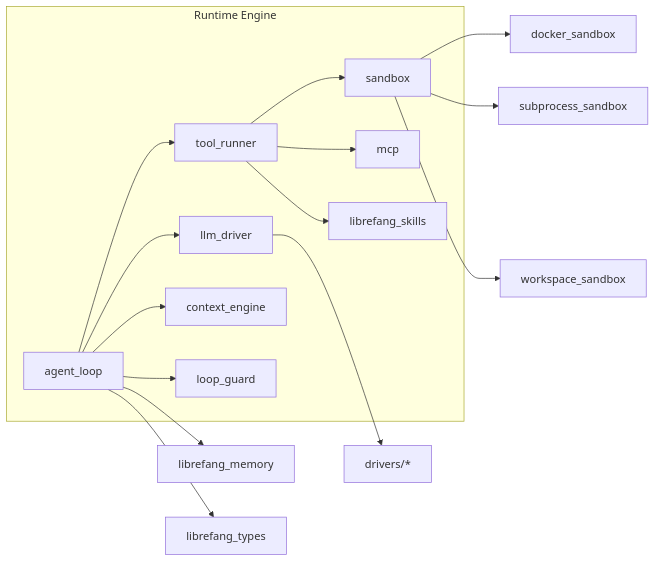
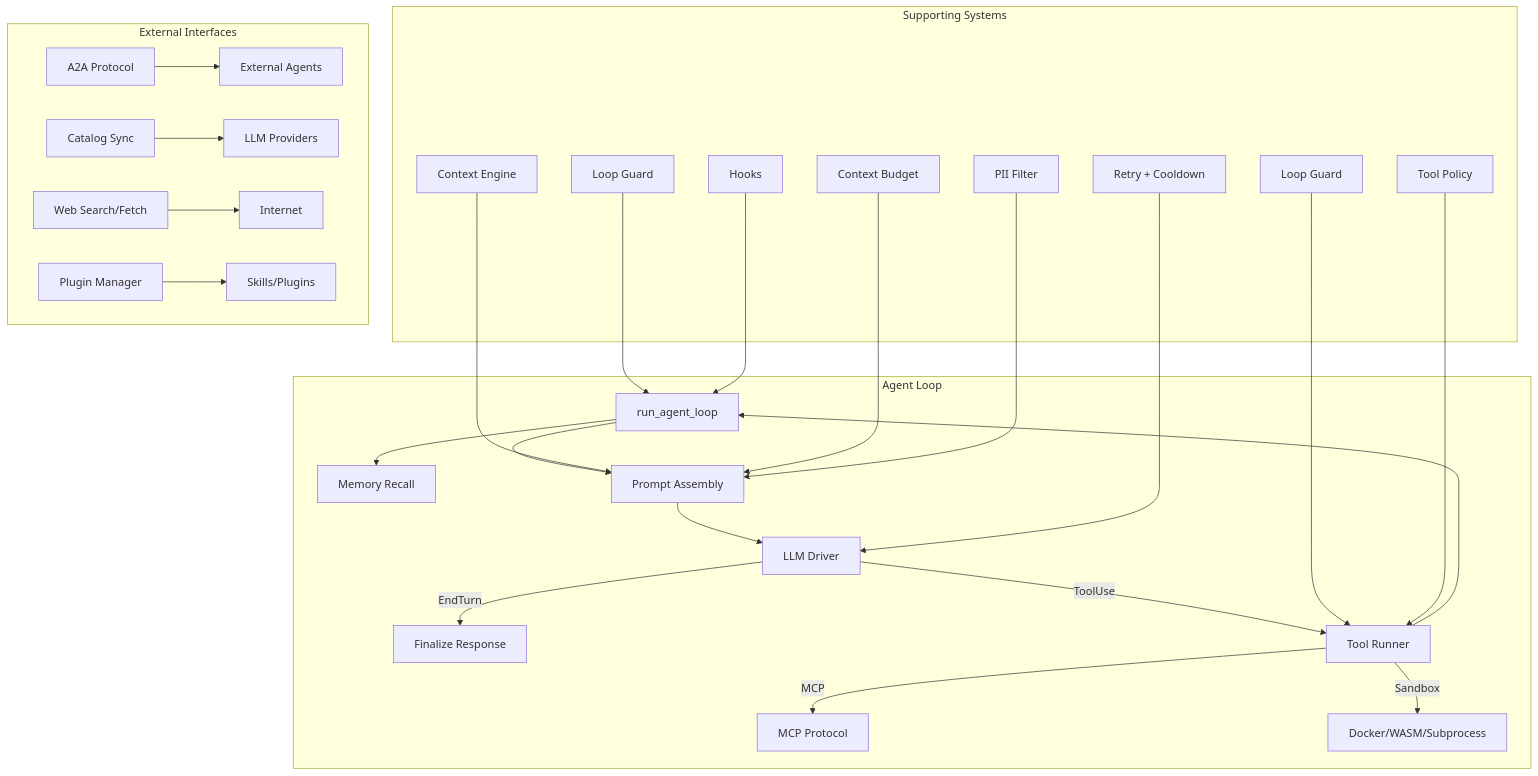
The diagram in runtime-engine.md (leszek3737/librefang-WIki), drawn with Mermaid before and after one commit. The commit also changed other lines of this file and 56 other files, not shown here.

````diff
--- a/runtime-engine.md
+++ b/runtime-engine.md
@@ -238,19 +9,31 @@
 ```mermaid
-graph LR
-    subgraph "Runtime Engine"
-        AL[agent_loop] --> TR[tool_runner]
-        AL --> LD[llm_driver]
-        AL --> CE[context_engine]
-        AL --> LG[loop_guard]
-        TR --> SB[sandbox]
-        TR --> MCP[mcp]
-        TR --> Skills[librefang_skills]
+graph TD
+    subgraph "Agent Loop"
+        AL[run_agent_loop] --> MEM[Memory Recall]
+        AL --> PM[Prompt Assembly]
+        PM --> LLM[LLM Driver]
+        LLM -->|EndTurn| DONE[Finalize Response]
+        LLM -->|ToolUse| TE[Tool Runner]
+        TE --> AL
+        TE -->|MCP| MCP[MCP Protocol]
+        TE -->|Sandbox| SAN[Docker/WASM/Subprocess]
     end
 
-    AL --> Memory[librefang_memory]
-    AL --> Types[librefang_types]
-    LD --> Drivers[drivers/*]
-    SB --> Docker[docker_sandbox]
-    SB --> Subprocess[subprocess_sandbox]
-    SB --> Workspace[workspace_sandbox]
+    subgraph "Supporting Systems"
+        CE[Context Engine] --> PM
+        CB[Context Budget] --> PM
+        LG[Loop Guard] --> TE
+        LG2[Loop Guard] --> AL
+        HF[Hooks] --> AL
+        PF[PII Filter] --> PM
+        TP[Tool Policy] --> TE
+        RR[Retry + Cooldown] --> LLM
+    end
+
+    subgraph "External Interfaces"
+        A2A[A2A Protocol] --> EXT[External Agents]
+        CAT[Catalog Sync] --> PROV[LLM Providers]
+        WS[Web Search/Fetch] --> WEB[Internet]
+        PL[Plugin Manager] --> SKILLS[Skills/Plugins]
+    end
 ```
````
